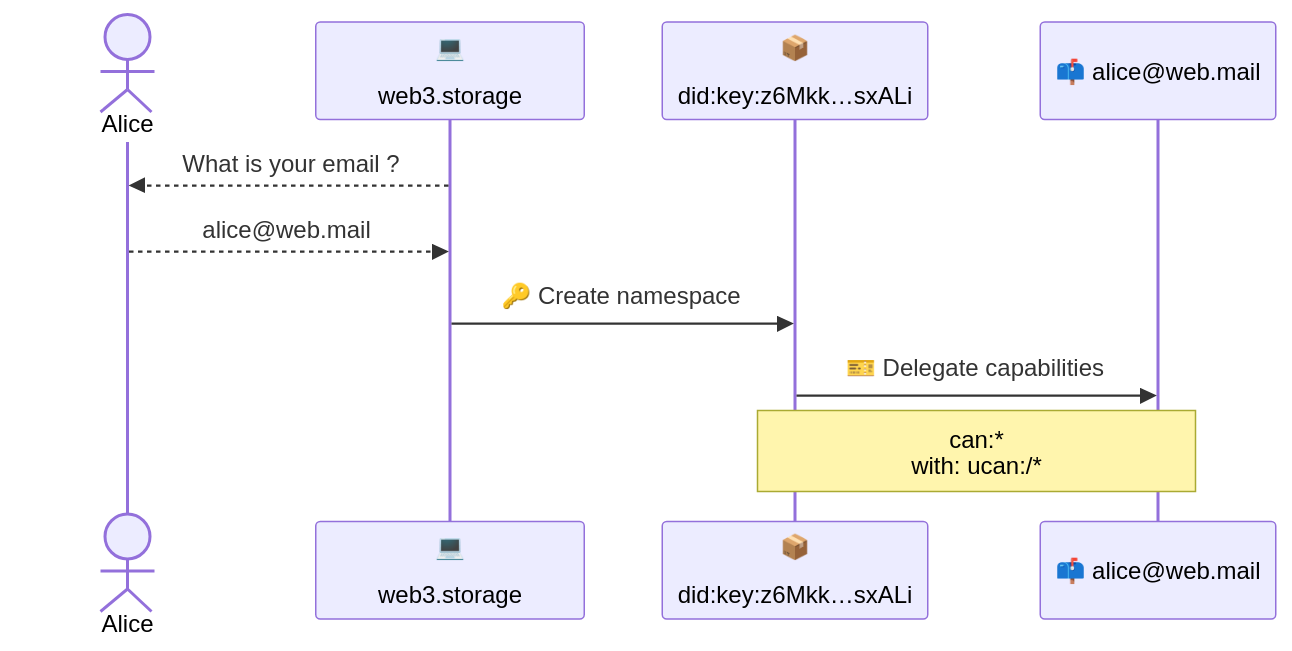
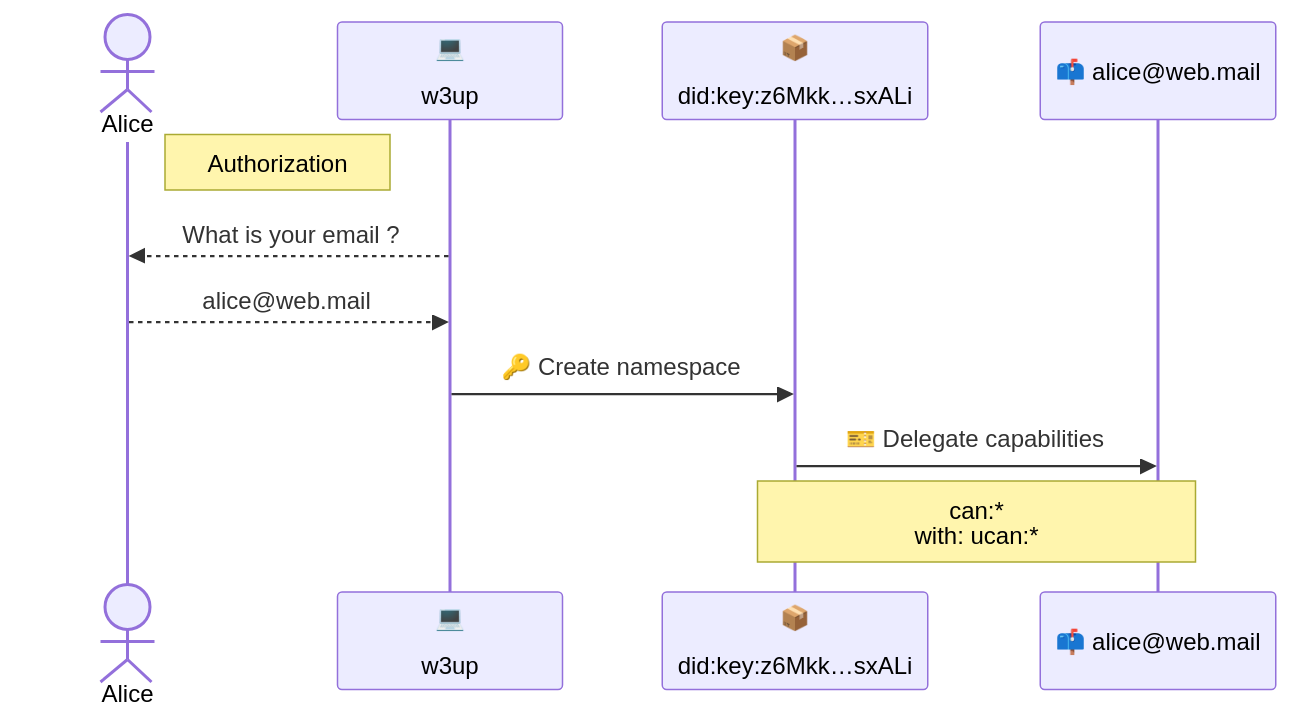
One commit to storacha/specs changed the first of 2 diagrams in w3-account.md. Above: the diagram before and after it, drawn with Mermaid. The commit also changed other lines of this file and 1 other file, not shown here.

````diff
--- a/w3-account.md
+++ b/w3-account.md
@@ -69,15 +63,16 @@
 ```mermaid
 sequenceDiagram
 actor Alice
-participant W3 as 💻<br/><br/>web3.storage #32;
+participant App as 💻<br/><br/>w3up #32;
 participant Space as 📦<br/><br/>did:key:z6Mkk…sxALi
 participant Email as 📫 alice@web.mail
 
 
-W3 -->> Alice: What is your email ?
-Alice -->> W3: alice@web.mail
-W3->>Space:🔑 Create namespace
+Note right of Alice: Authorization
+App -->> Alice: What is your email ?
+Alice -->> App: alice@web.mail
+App->>Space:🔑 Create namespace
 
 Space ->> Email: 🎫 Delegate capabilities
-note over Space,Email:can:*<br/>with: ucan:/*
+note over Space,Email:can:*<br/>with: ucan:*
 ```
````
